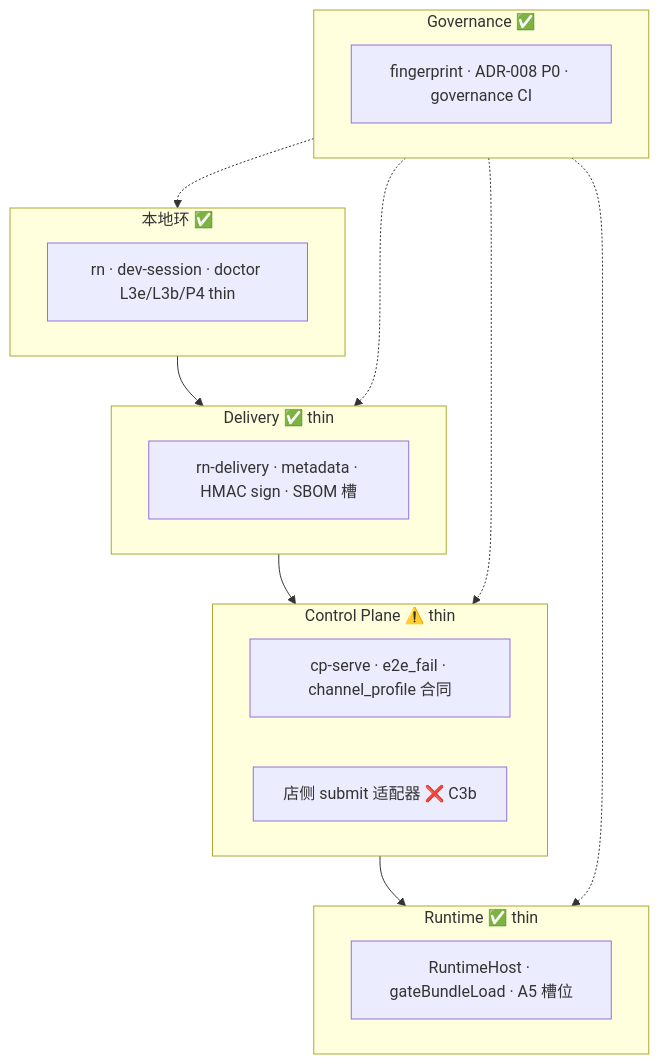
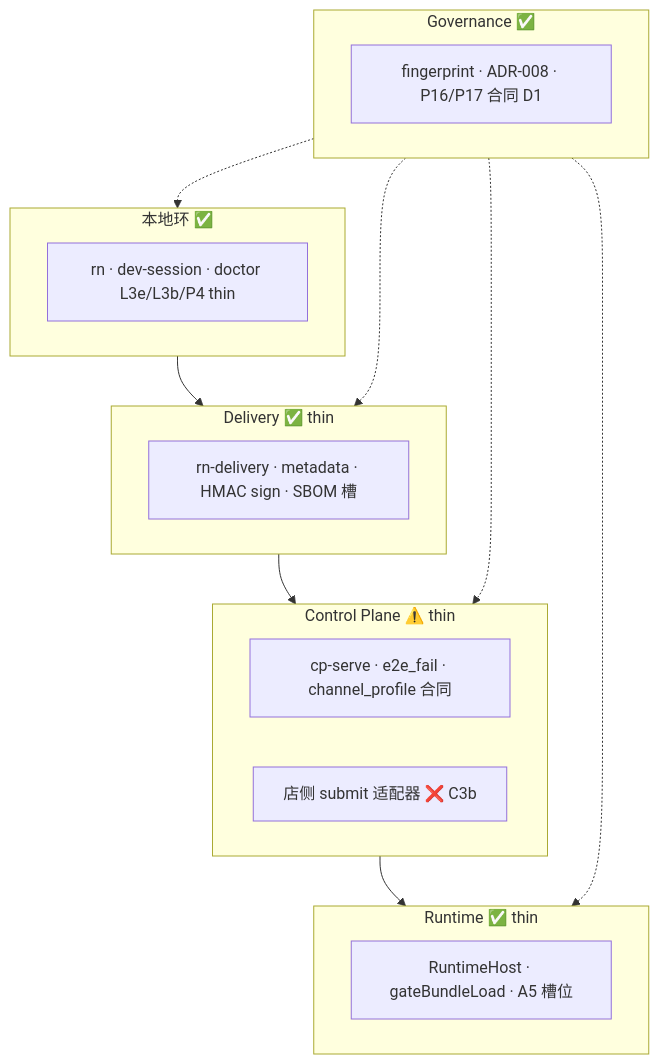
The sixth of 6 diagrams in docs/architecture-roadmap.md (client-platform-labs/rn), drawn with Mermaid before and after one commit. The commit also changed other lines of this file and 12 other files, not shown here.

````diff
--- a/docs/architecture-roadmap.md
+++ b/docs/architecture-roadmap.md
@@ -410,21 +410,21 @@
 ```mermaid
 flowchart TB
   subgraph Local["本地环 ✅"]
     L1[rn · dev-session · doctor L3e/L3b/P4 thin]
   end
   subgraph CI["Delivery ✅ thin"]
     D1[rn-delivery · metadata · HMAC sign · SBOM 槽]
   end
   subgraph CP["Control Plane ⚠️ thin"]
     C1[cp-serve · e2e_fail · channel_profile 合同]
     C2[店侧 submit 适配器 ❌ C3b]
   end
   subgraph RT["Runtime ✅ thin"]
     R1[RuntimeHost · gateBundleLoad · A5 槽位]
   end
   subgraph GV["Governance ✅"]
-    G1[fingerprint · ADR-008 P0 · governance CI]
+    G1[fingerprint · ADR-008 · P16/P17 合同 D1]
   end
   Local --> CI --> CP --> RT
   GV -.-> Local & CI & CP & RT
 ```
````
